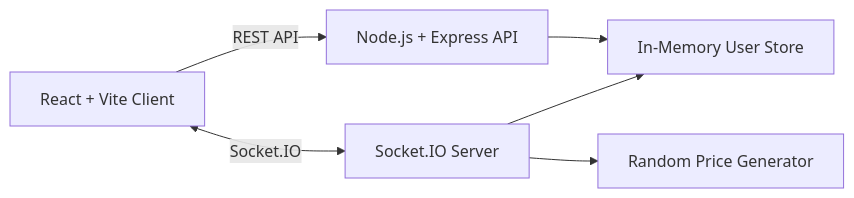
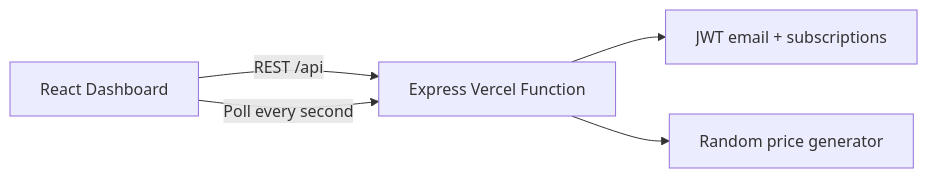
Before and after one commit to Manju-Shree-Yadav/Stock-Broker-Client: the diagram in documentation/ARCHITECTURE.md, drawn with Mermaid. The commit also changed other lines of this file and 24 other files, not shown here.

````diff
--- a/documentation/ARCHITECTURE.md
+++ b/documentation/ARCHITECTURE.md
@@ -9,8 +12,7 @@
 ```mermaid
 flowchart LR
-    Browser["React + Vite Client"] -->|"REST API"| Api["Node.js + Express API"]
-    Browser <-->|"Socket.IO"| Socket["Socket.IO Server"]
-    Api --> Store["In-Memory User Store"]
-    Socket --> Store
-    Socket --> Prices["Random Price Generator"]
+    Browser["React Dashboard"] -->|"REST /api"| Function["Express Vercel Function"]
+    Function --> Token["JWT email + subscriptions"]
+    Function --> Prices["Random price generator"]
+    Browser -->|"Poll every second"| Function
 ```
````
